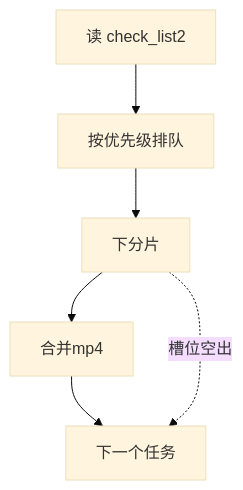
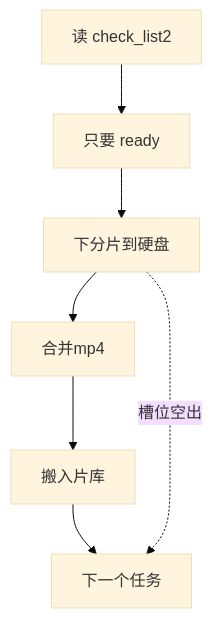
The second of 3 diagrams in README.md (jeffmkw/Missav_ChromeTool), drawn with Mermaid (base theme) before and after one commit. The commit also changed other lines of this file, not shown here.

````diff
--- a/README.md
+++ b/README.md
@@ -67,8 +88,9 @@
 ```mermaid
 flowchart TD
-  start[读 check_list2] --> queue[按优先级排队]
-  queue --> down[下分片]
+  start[读 check_list2] --> queue[只要 ready]
+  queue --> down[下分片到硬盘]
   down --> merge[合并mp4]
-  merge --> next[下一个任务]
+  merge --> move[搬入片库]
+  move --> next[下一个任务]
   down -.->|槽位空出| next
 ```
````
